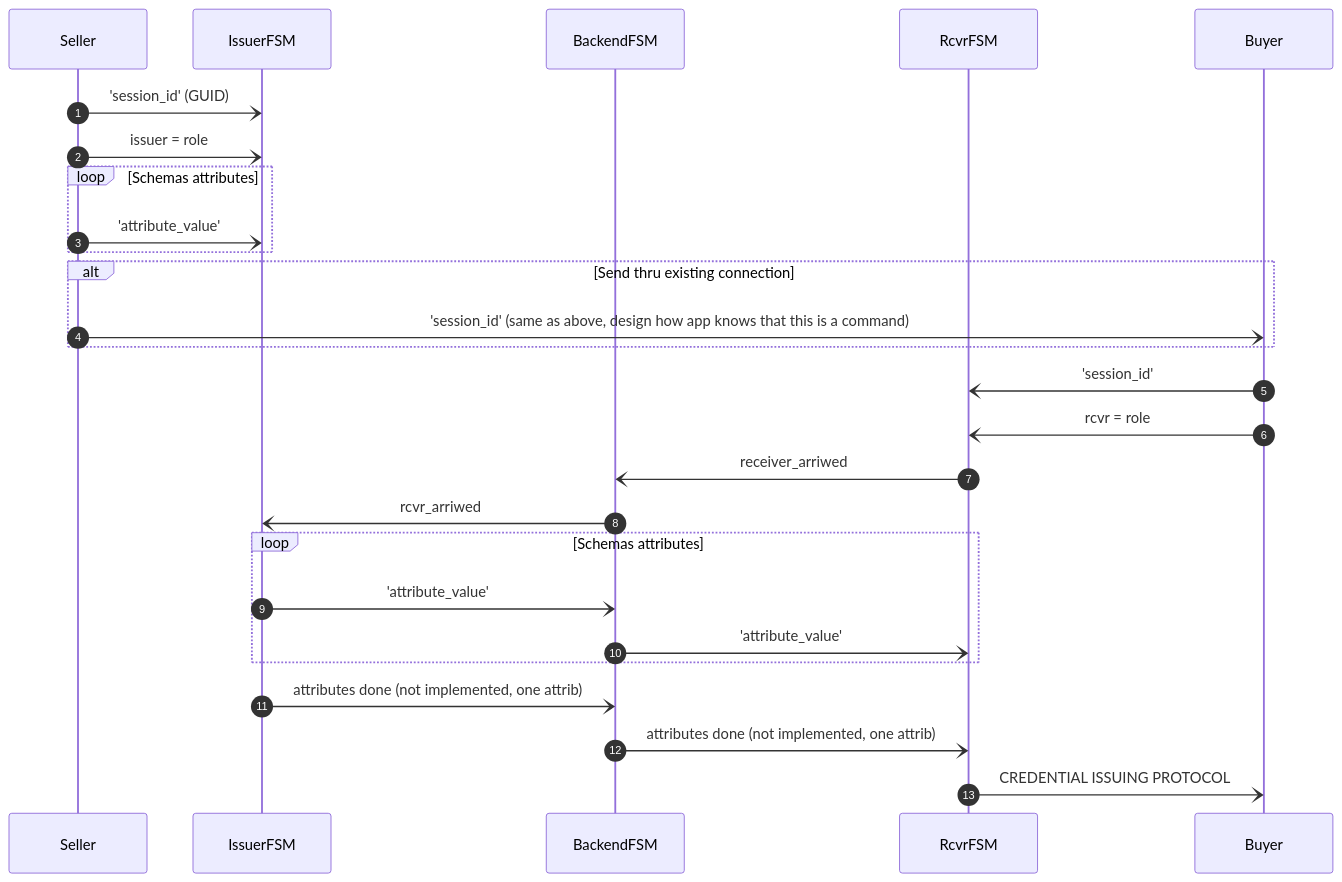
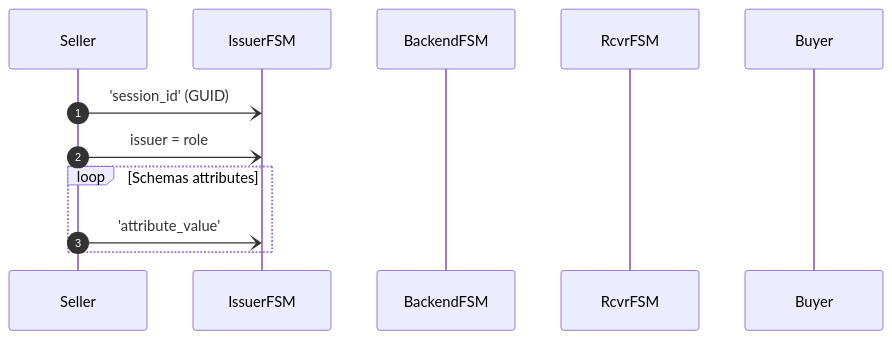
One commit to lainio/ic changed the second of 2 diagrams in README.md. Above: the diagram before and after it, drawn with Mermaid. The commit also changed other lines of this file, not shown here.

Commit message:
starting to play plantuml and mermeid

````diff
--- a/README.md
+++ b/README.md
@@ -43,39 +45,22 @@
 ```mermaid
 sequenceDiagram
     autonumber
 
     participant Seller
 
     %% -- box won't work on hugo, or when this machine is running it --
     %% box Issuing Service
     participant IssuerFSM
     participant BackendFSM
     participant RcvrFSM
     %% end
 
     participant Buyer
 
     Seller -) IssuerFSM: 'session_id' (GUID)
     Seller -) IssuerFSM: issuer = role
     loop Schemas attributes
     Seller -) IssuerFSM: 'attribute_value'
     end
 
-    alt Send thru existing connection
-    Seller -) Buyer: 'session_id' (same as above, design how app knows that this is a command)
-    end
-
-    Buyer -) RcvrFSM: 'session_id'
-    Buyer -) RcvrFSM: rcvr = role
-
-    RcvrFSM -) BackendFSM: receiver_arriwed
-    BackendFSM -) IssuerFSM: rcvr_arriwed
-    loop Schemas attributes
-    IssuerFSM -) BackendFSM: 'attribute_value'
-    BackendFSM -) RcvrFSM: 'attribute_value'
-    end
-    IssuerFSM -) BackendFSM: attributes done (not implemented, one attrib)
-    BackendFSM -) RcvrFSM: attributes done (not implemented, one attrib)
-
-    RcvrFSM -) Buyer: CREDENTIAL ISSUING PROTOCOL
 ```
````
